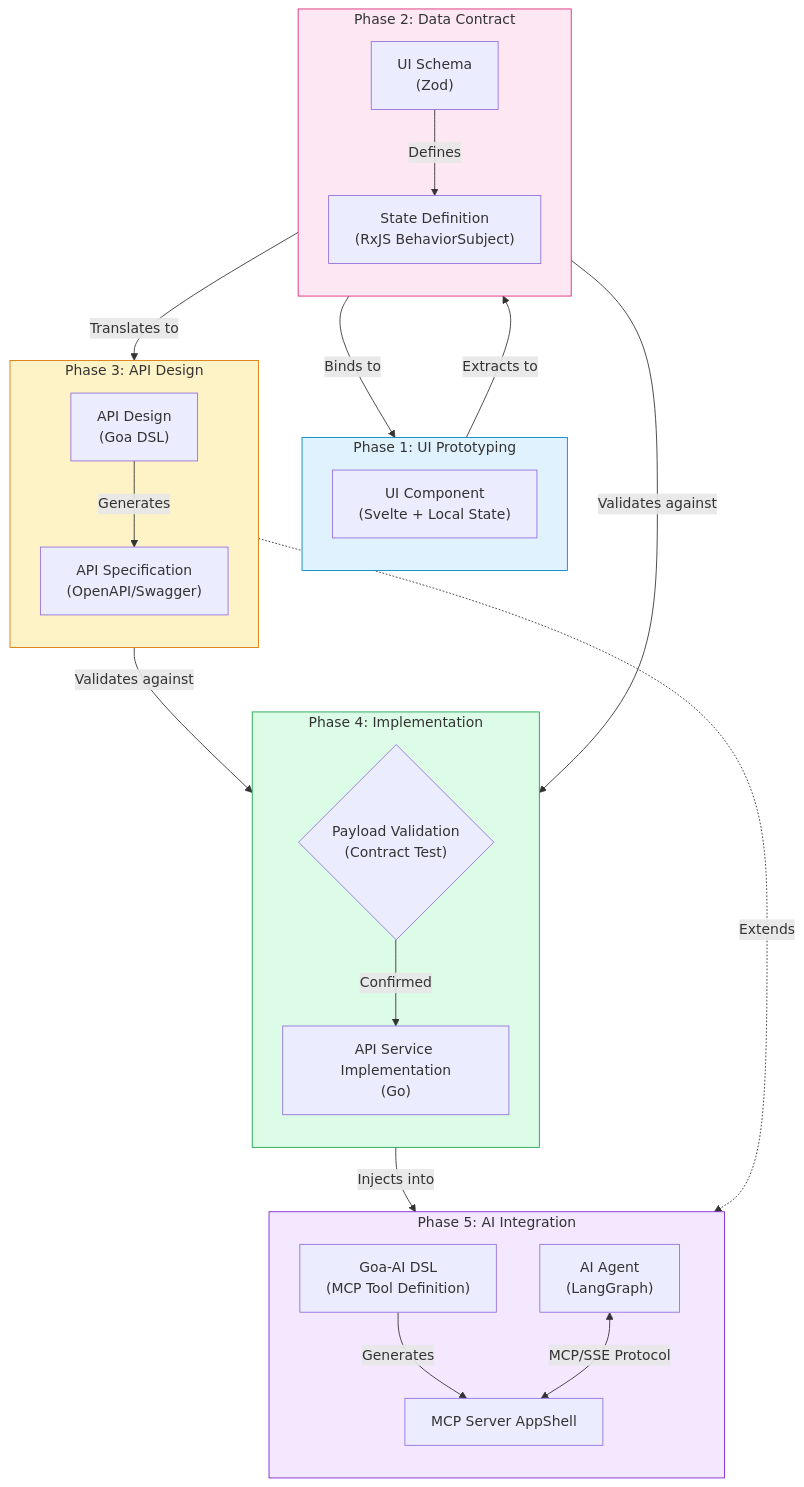
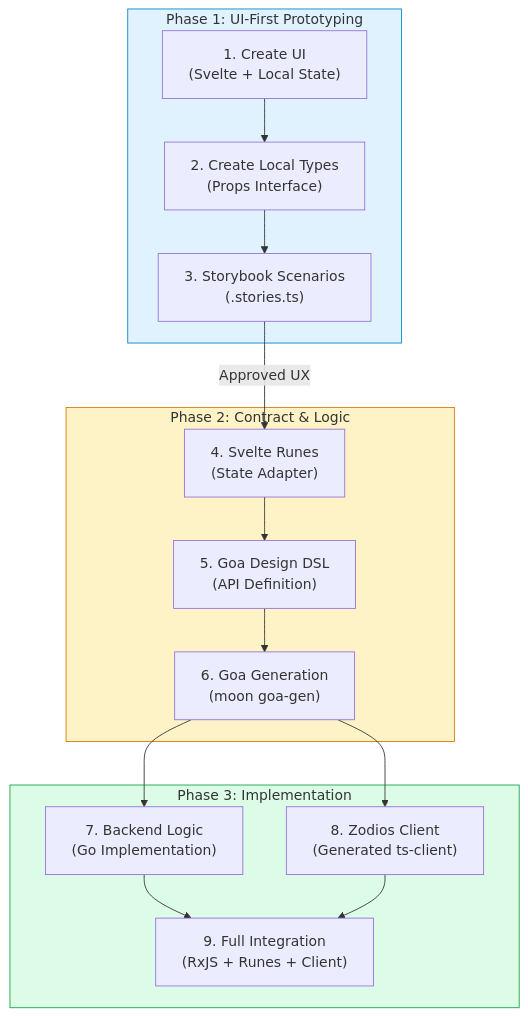
Before and after one commit to reidlai/virtual-module-core: the diagram in docs/DEVELOPER-GUIDE.md, drawn with Mermaid. The commit also changed other lines of this file, not shown here.

````diff
--- a/docs/DEVELOPER-GUIDE.md
+++ b/docs/DEVELOPER-GUIDE.md
@@ -9,61 +11,28 @@
 ```mermaid
 flowchart TD
-    %% Phase 1: Prototyping
-    subgraph Phase1 ["Phase 1: UI Prototyping"]
-        direction TB
-        UI["UI Component<br/>(Svelte + Local State)"]
+    subgraph UI ["Phase 1: UI-First Prototyping"]
+        Step1["1. Create UI<br/>(Svelte + Local State)"]
+        Step2["2. Create Local Types<br/>(Props Interface)"]
+        Step3["3. Storybook Scenarios<br/>(.stories.ts)"]
     end
 
-    %% Phase 2: Contracts
-    subgraph Phase2 ["Phase 2: Data Contract"]
-        direction TB
-        UISchema["UI Schema<br/>(Zod)"]
-        State["State Definition<br/>(RxJS BehaviorSubject)"]
+    subgraph Contract ["Phase 2: Contract & Logic"]
+        Step4["4. Svelte Runes<br/>(State Adapter)"]
+        Step5["5. Goa Design DSL<br/>(API Definition)"]
+        Step6["6. Goa Generation<br/>(moon goa-gen)"]
     end
 
-    %% Phase 3: API Design
-    subgraph Phase3 ["Phase 3: API Design"]
-        direction TB
-        APIDesign["API Design<br/>(Goa DSL)"]
-        APISpec["API Specification<br/>(OpenAPI/Swagger)"]
+    subgraph Backend ["Phase 3: Implementation"]
+        Step7["7. Backend Logic<br/>(Go Implementation)"]
+        Step8["8. Zodios Client<br/>(Generated ts-client)"]
+        Step9["9. Full Integration<br/>(RxJS + Runes + Client)"]
     end
 
-    %% Phase 4: Implementation
-    subgraph Phase4 ["Phase 4: Implementation"]
-        direction TB
-        PayloadVal{"Payload Validation<br/>(Contract Test)"}
-        ServiceImp["API Service Implementation<br/>(Go)"]
-    end
+    Step1 --> Step2 --> Step3
+    Step3 -- "Approved UX" --> Step4 --> Step5 --> Step6
+    Step6 --> Step7 & Step8 --> Step9
 
-    %% Phase 5: AI Integration
-    subgraph Phase5 ["Phase 5: AI Integration"]
-        direction TB
-        GoaAI["Goa-AI DSL<br/>(MCP Tool Definition)"]
-        MCPShell["MCP Server AppShell"]
-        Agent["AI Agent<br/>(LangGraph)"]
-    end
-
-    %% Flow
-    UI -->|"Extracts to"| UISchema
-    UISchema -->|"Defines"| State
-    State -->|"Binds to"| UI
-    UISchema -->|"Translates to"| APIDesign
-    APIDesign -- "Generates" --> APISpec
-
-    %% Validation Loop
-    UISchema -- "Validates against" --> PayloadVal
-    APISpec -- "Validates against" --> PayloadVal
-    PayloadVal -- "Confirmed" --> ServiceImp
-
-    %% AI Integration Flow
-    APIDesign -.->|"Extends"| GoaAI
-    GoaAI -- "Generates" --> MCPShell
-    ServiceImp -- "Injects into" --> MCPShell
-    Agent <-->|"MCP/SSE Protocol"| MCPShell
-
-    style Phase1 fill:#e0f2fe,stroke:#0284c7
-    style Phase2 fill:#fce7f3,stroke:#db2777
-    style Phase3 fill:#fef3c7,stroke:#d97706
-    style Phase4 fill:#dcfce7,stroke:#16a34a
-    style Phase5 fill:#f3e8ff,stroke:#7e22ce
+    style UI fill:#e0f2fe,stroke:#0284c7
+    style Contract fill:#fef3c7,stroke:#d97706
+    style Backend fill:#dcfce7,stroke:#16a34a
 ```
````
